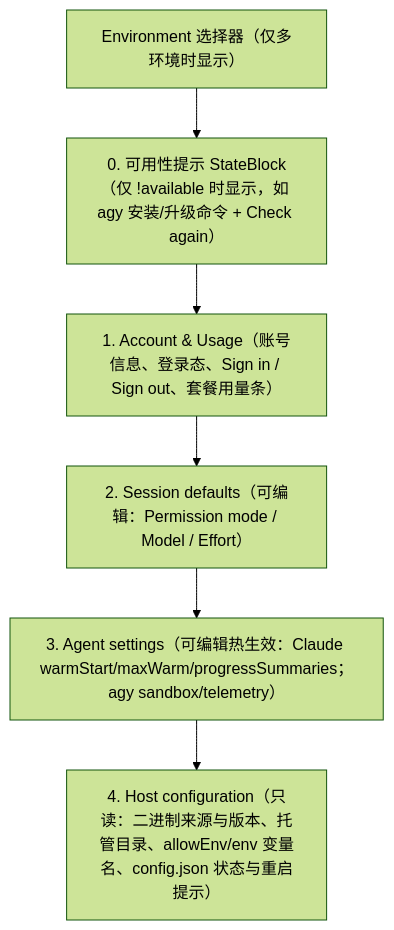
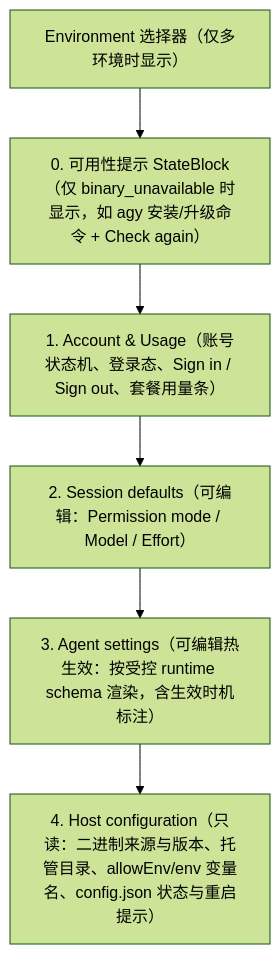
Before and after one commit to OhMyJames/cycle: the diagram in docs/harness-settings.md, drawn with Mermaid (forest theme). The commit also changed other lines of this file and 1 other file, not shown here.

Commit message:
docs: tighten Harness auth flow, runtime schema, and lifecycle rules

````diff
--- a/docs/harness-settings.md
+++ b/docs/harness-settings.md
@@ -76,8 +77,8 @@
 ```mermaid
 flowchart TD
-    Env["Environment 选择器（仅多环境时显示）"] --> Avail["0. 可用性提示 StateBlock（仅 !available 时显示，如 agy 安装/升级命令 + Check again）"]
-    Avail --> Acc["1. Account & Usage（账号信息、登录态、Sign in / Sign out、套餐用量条）"]
+    Env["Environment 选择器（仅多环境时显示）"] --> Avail["0. 可用性提示 StateBlock（仅 binary_unavailable 时显示，如 agy 安装/升级命令 + Check again）"]
+    Avail --> Acc["1. Account & Usage（账号状态机、登录态、Sign in / Sign out、套餐用量条）"]
     Acc --> Def["2. Session defaults（可编辑：Permission mode / Model / Effort）"]
-    Def --> Run["3. Agent settings（可编辑热生效：Claude warmStart/maxWarm/progressSummaries；agy sandbox/telemetry）"]
+    Def --> Run["3. Agent settings（可编辑热生效：按受控 runtime schema 渲染，含生效时机标注）"]
     Run --> Host["4. Host configuration（只读：二进制来源与版本、托管目录、allowEnv/env 变量名、config.json 状态与重启提示）"]
 ```
````
